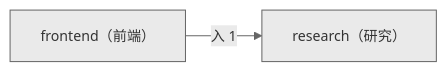
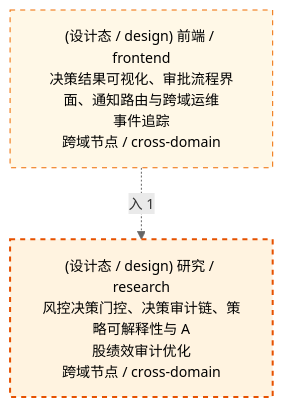
One commit to xuanFelixVan/ZephyrAlpha changed the third of 3 diagrams in docs/02_enterprise_architecture/06_decision_architecture/09_decision_l2a_research.md. Above: the diagram before and after it, drawn with Mermaid. The commit also changed other lines of this file and 23 other files, not shown here.

First line of the commit message:
feat(decisiongraph): 决策流图生成器模板 V1.2 全面升级——严格三视图+四要素标签+classDef四色+HTML联动

````diff
--- a/docs/02_enterprise_architecture/06_decision_architecture/09_decision_l2a_research.md
+++ b/docs/02_enterprise_architecture/06_decision_architecture/09_decision_l2a_research.md
@@ -91,7 +179,13 @@
 ```mermaid
-%%{init: {'theme': 'base', 'themeVariables': {'primaryColor': '#eaeaea', 'primaryTextColor': '#333333', 'primaryBorderColor': '#666666', 'lineColor': '#666666', 'secondaryColor': '#eaeaea', 'tertiaryColor': '#eaeaea', 'fontSize': '14px'}}}%%
-flowchart LR
-    SELF["research（研究）"]
-    EXT_frontend["frontend（前端）"]
-    EXT_frontend -->|入 1| SELF
+%%{init: {'theme': 'base', 'themeVariables': {'primaryColor': '#eaeaea', 'primaryTextColor': '#333333', 'primaryBorderColor': '#666666', 'lineColor': '#666666', 'secondaryColor': '#eaeaea', 'tertiaryColor': '#eaeaea', 'clusterBkg': 'transparent', 'clusterBorder': 'transparent', 'fontSize': '14px'}}}%%
+flowchart TD
+    SELF["(设计态 / design) 研究 / research<br/>风控决策门控、决策审计链、策略可解释性与 A<br/>股绩效审计优化<br/>跨域节点 / cross-domain"]
+    EXT_frontend["(设计态 / design) 前端 / frontend<br/>决策结果可视化、审批流程界面、通知路由与跨域运维<br/>事件追踪<br/>跨域节点 / cross-domain"]
+    EXT_frontend -.->|入 1| SELF
+    classDef production fill:#e1f5fe,stroke:#01579b,stroke-width:2px,color:#000
+    classDef design fill:#fff3e0,stroke:#e65100,stroke-width:2px,color:#000,stroke-dasharray: 5 5
+    classDef external_prod fill:#e8f4fd,stroke:#0277bd,stroke-width:1px,color:#000
+    classDef external_design fill:#fff8e7,stroke:#ef6c00,stroke-width:1px,color:#000,stroke-dasharray: 5 5
+    class SELF design
+    class EXT_frontend external_design
 ```
````
